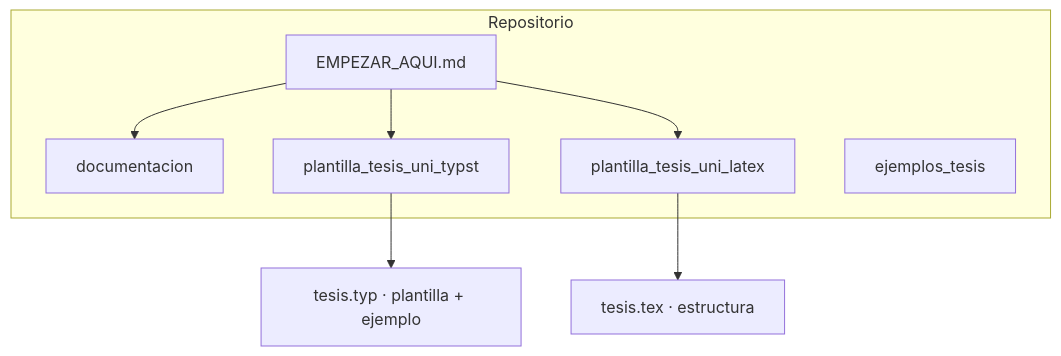
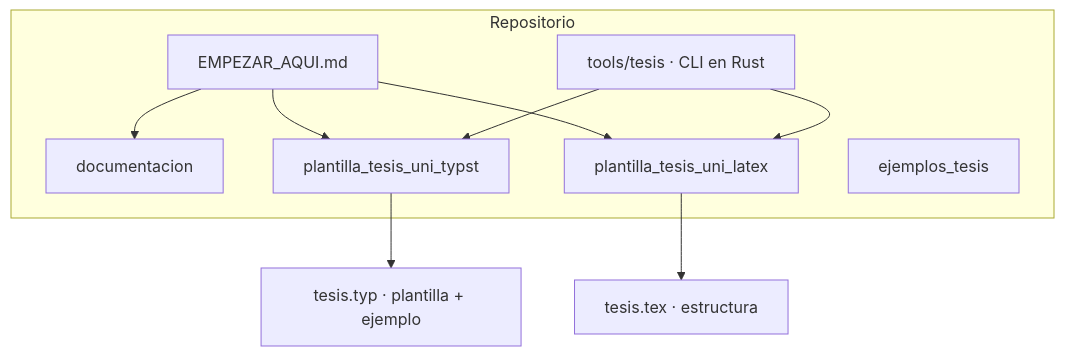
Before and after one commit to jelincovil/grupo_estudio_inferencia_causal_uni_peru: the diagram in README.md, drawn with Mermaid. The commit also changed other lines of this file and 2 other files, not shown here.

````diff
--- a/README.md
+++ b/README.md
@@ -77,15 +96,18 @@
 ```mermaid
 flowchart TB
   subgraph repo["Repositorio"]
     G[EMPEZAR_AQUI.md]
     Doc[documentacion]
     T[plantilla_tesis_uni_typst]
     L[plantilla_tesis_uni_latex]
     E[ejemplos_tesis]
+    CLI[tools/tesis · CLI en Rust]
   end
   G --> Doc
   G --> T
   G --> L
   T --> T1[tesis.typ · plantilla + ejemplo]
   L --> L1[tesis.tex · estructura]
+  CLI --> T
+  CLI --> L
 ```
````
